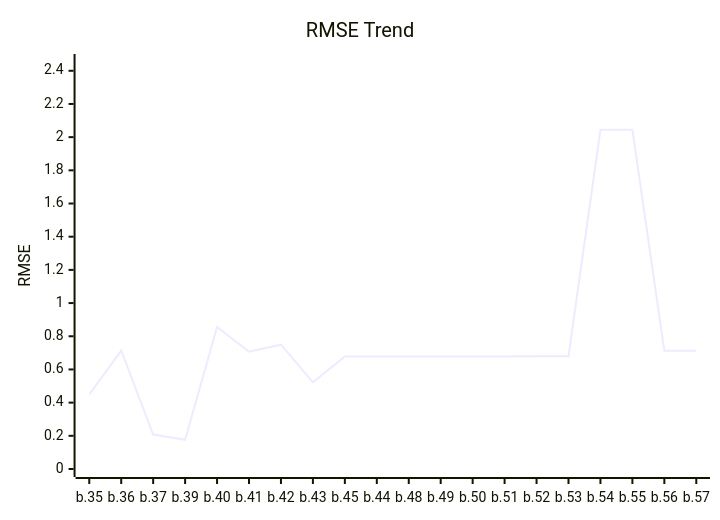
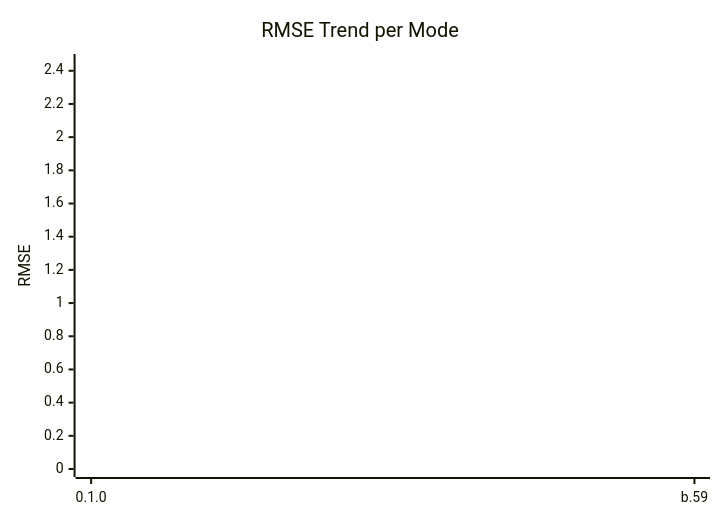
One commit to timo-eberl/tracy changed the first of 2 diagrams in README.md. Above: the diagram before and after it, drawn with Mermaid. The commit also changed other lines of this file and 6 other files, not shown here.

````diff
--- a/README.md
+++ b/README.md
@@ -13,7 +12,40 @@
 ```mermaid
 xychart-beta
-    title "RMSE Trend"
-    x-axis ["b.35", "b.36", "b.37", "b.39", "b.40", "b.41", "b.42", "b.43", "b.45", "b.44", "b.48", "b.49", "b.50", "b.51", "b.52", "b.53", "b.54", "b.55", "b.56", "b.57"]
+    title "RMSE Trend per Mode"
+    x-axis ["0.1.0", "b.59"]
     y-axis "RMSE" 0 --> 2.4529
-    line [0.4489, 0.7142, 0.2079, 0.1763, 0.8557, 0.7071, 0.749, 0.5226, 0.677836, 0.677984, 0.678, 0.678, 0.678, 0.6778, 0.6796, 0.6796, 2.0441, 2.0441, 0.7121, 0.7121]
+    line [0.012064] 
+    line [0.041607] 
+    line [0.043946] 
+    line [0.7793] 
+    line [0.1888] 
+    line [0.4436] 
+    line [0.9634] 
+    line [0.2812] 
+    line [0.2549] 
+    line [0.4864] 
+    line [0.0098] 
+    line [0.4489] 
+    line [0.7142] 
+    line [0.2079] 
+    line [0.1763] 
+    line [0.8557] 
+    line [0.7071] 
+    line [0.749] 
+    line [0.5226] 
+    line [0.677836] 
+    line [0.677984] 
+    line [0.678] 
+    line [0.678] 
+    line [0.678] 
+    line [0.6778] 
+    line [0.6796] 
+    line [0.6796] 
+    line [2.0441] 
+    line [2.0441] 
+    line [0.7121] 
+    line [0.7121] 
+    line [0.6796] 
+    line [0.6796] 
+
 ```
````
